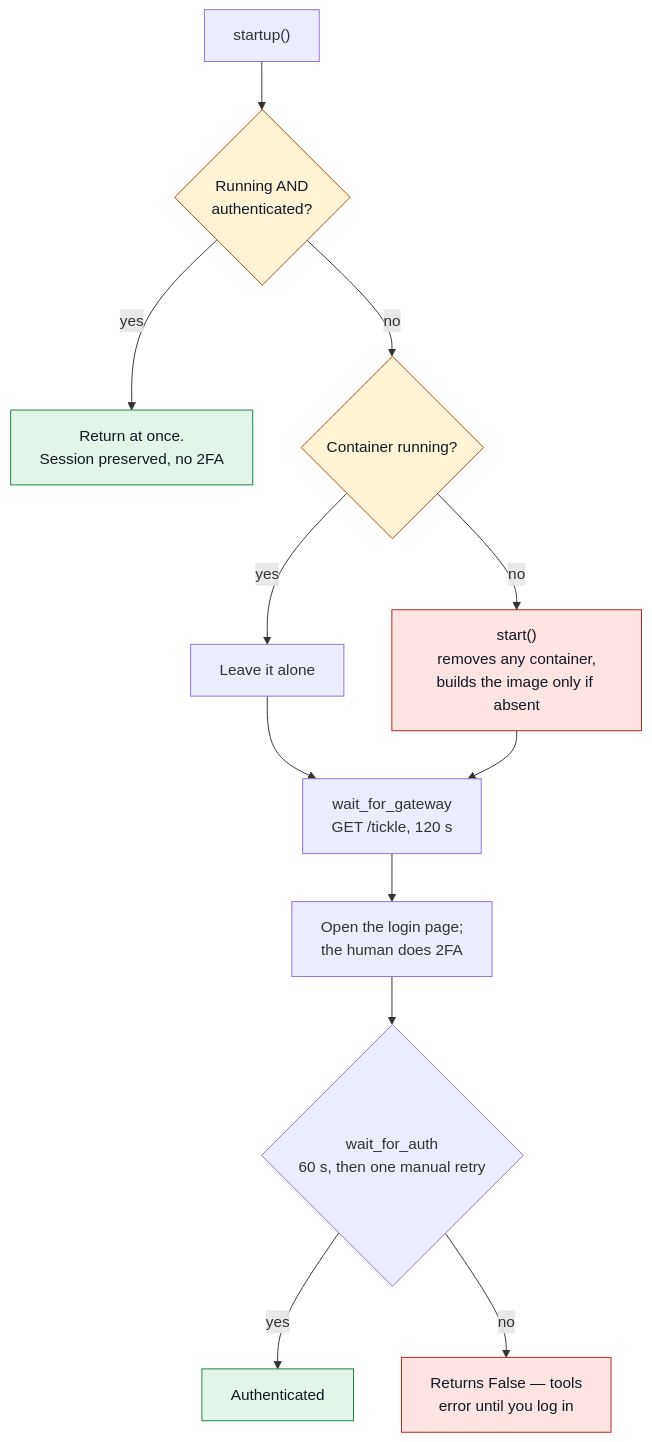
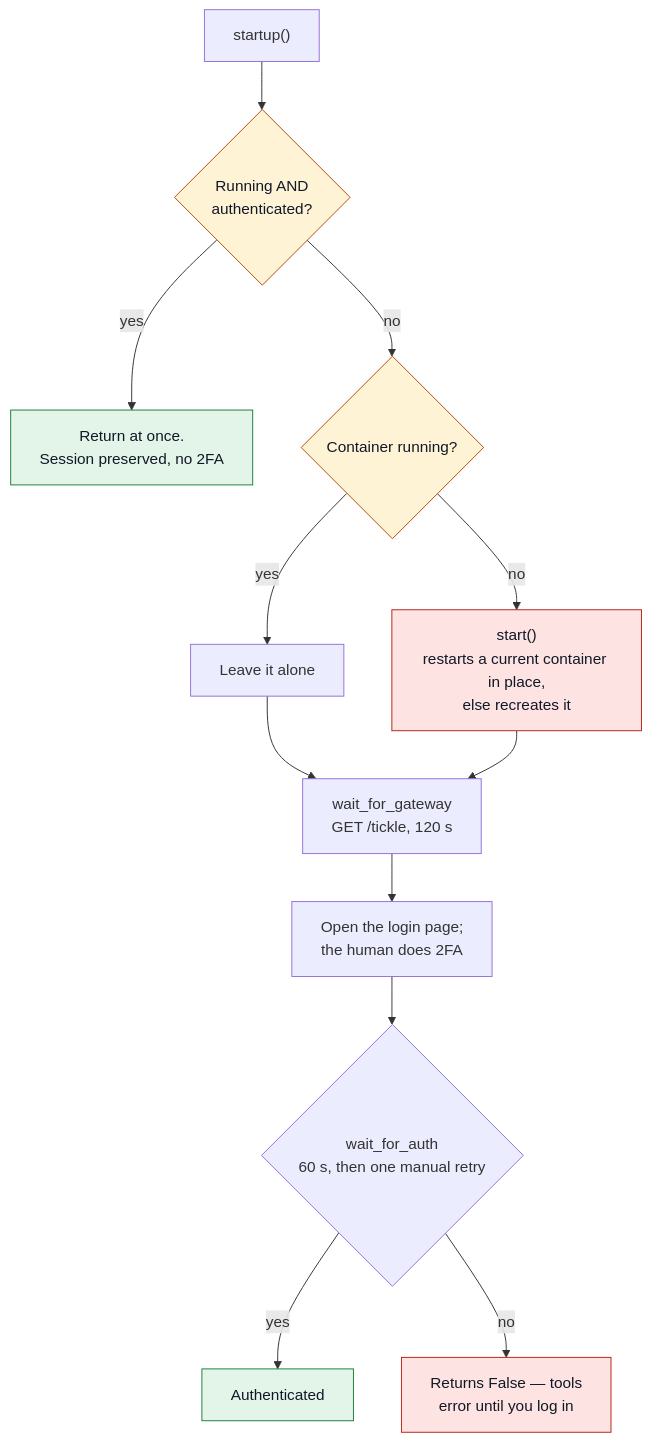
Before and after one commit to stephus182/ibkr_core_mcp: the first of 3 diagrams in docs/gateway-auth-reference.md, drawn with Mermaid. The commit also changed other lines of this file and 6 other files, not shown here.

````diff
--- a/docs/gateway-auth-reference.md
+++ b/docs/gateway-auth-reference.md
@@ -53,22 +53,22 @@
 ```mermaid
 flowchart TB
     classDef safe fill:#e3f5e8,stroke:#1a7f37,color:#111827
     classDef guard fill:#fff3d6,stroke:#b54708,color:#111827
     classDef destr fill:#fde3e1,stroke:#b42318,color:#111827
 
     S["startup()"] --> P{"Running AND<br/>authenticated?"}
     P -->|yes| FAST["Return at once.<br/>Session preserved, no 2FA"]
     P -->|no| R{"Container running?"}
     R -->|yes| SKIP["Leave it alone"]
-    R -->|no| ST["start()<br/>removes any container,<br/>builds the image only if absent"]
+    R -->|no| ST["start()<br/>restarts a current container in place,<br/>else recreates it"]
     SKIP --> W["wait_for_gateway<br/>GET /tickle, 120 s"]
     ST --> W
     W --> L["Open the login page;<br/>the human does 2FA"]
     L --> V{"wait_for_auth<br/>60 s, then one manual retry"}
     V -->|yes| OK["Authenticated"]
     V -->|no| DEG["Returns False — tools<br/>error until you log in"]
 
     class FAST,OK safe
     class P,R guard
     class ST,DEG destr
 ```
````
